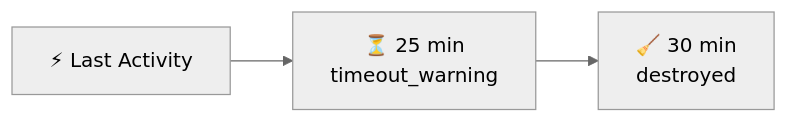
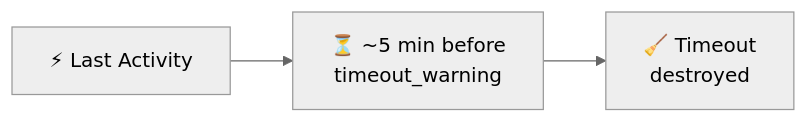
Before and after one commit to github/copilot-sdk: the third of 6 diagrams in docs/features/session-persistence.md, drawn with Mermaid (neutral theme). The commit also changed other lines of this file and 12 other files, not shown here.

````diff
--- a/docs/features/session-persistence.md
+++ b/docs/features/session-persistence.md
@@ -438,4 +448,4 @@
 ```mermaid
 flowchart LR
-    A["⚡ Last Activity"] --> B["⏳ 25 min<br/>timeout_warning"] --> C["🧹 30 min<br/>destroyed"]
+    A["⚡ Last Activity"] --> B["⏳ ~5 min before<br/>timeout_warning"] --> C["🧹 Timeout<br/>destroyed"]
 ```
````
